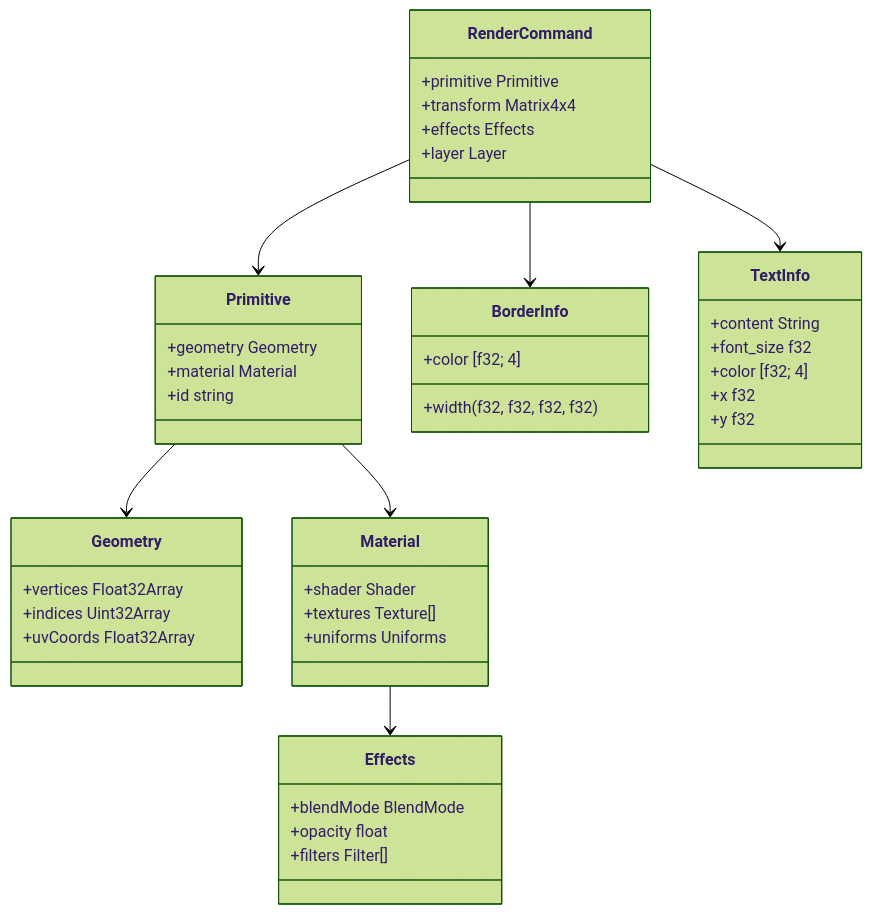
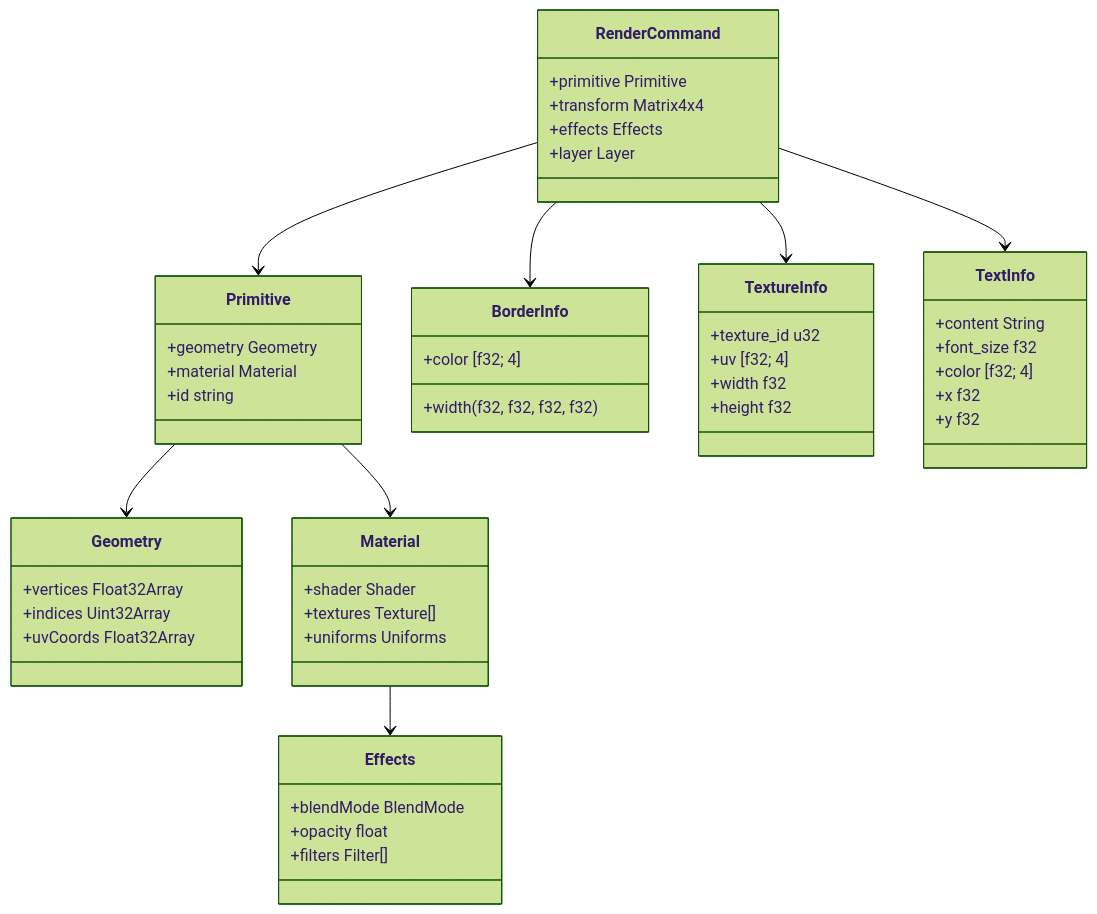
One commit to itszzl-sudo/iris changed the fifth of 40 diagrams in .qoder/repowiki/zh/content/技术架构详解/WebGPU渲染引擎/WebGPU渲染引擎.md. Above: the diagram before and after it, drawn with Mermaid (forest theme). The commit also changed other lines of this file and 4 other files, not shown here.

````diff
--- a/.qoder/repowiki/zh/content/技术架构详解/WebGPU渲染引擎/WebGPU渲染引擎.md
+++ b/.qoder/repowiki/zh/content/技术架构详解/WebGPU渲染引擎/WebGPU渲染引擎.md
@@ -261,46 +269,53 @@
 ```mermaid
 classDiagram
 class RenderCommand {
 +primitive Primitive
 +transform Matrix4x4
 +effects Effects
 +layer Layer
 }
 class Primitive {
 +geometry Geometry
 +material Material
 +id string
 }
 class Geometry {
 +vertices Float32Array
 +indices Uint32Array
 +uvCoords Float32Array
 }
 class Material {
 +shader Shader
 +textures Texture[]
 +uniforms Uniforms
 }
 class Effects {
 +blendMode BlendMode
 +opacity float
 +filters Filter[]
 }
 class BorderInfo {
 +width (f32, f32, f32, f32)
 +color [f32; 4]
 }
+class TextureInfo {
++texture_id u32
++uv [f32; 4]
++width f32
++height f32
+}
 class TextInfo {
 +content String
 +font_size f32
 +color [f32; 4]
 +x f32
 +y f32
 }
 RenderCommand --> Primitive
 Primitive --> Geometry
 Primitive --> Material
 Material --> Effects
 RenderCommand --> BorderInfo
+RenderCommand --> TextureInfo
 RenderCommand --> TextInfo
 ```
````
